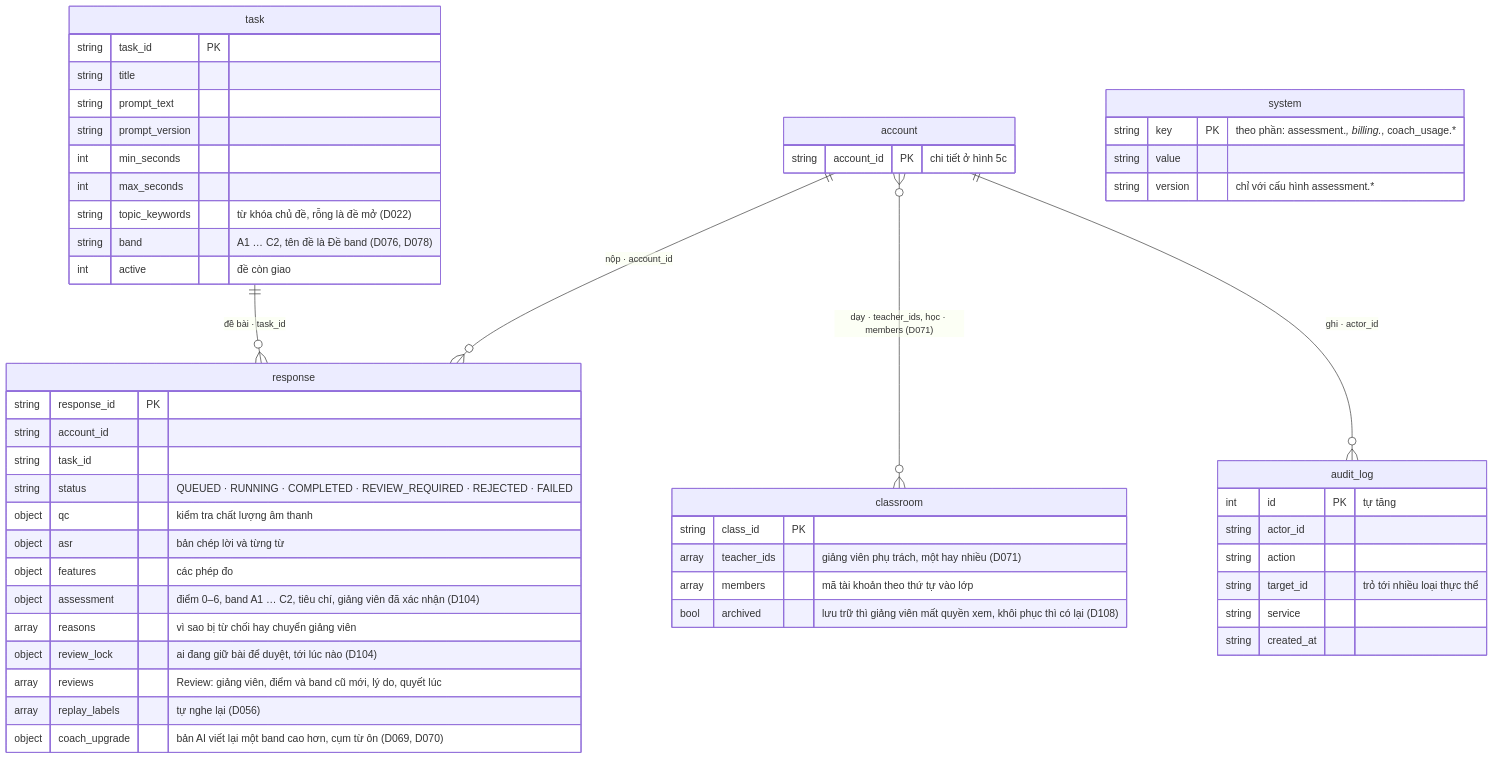
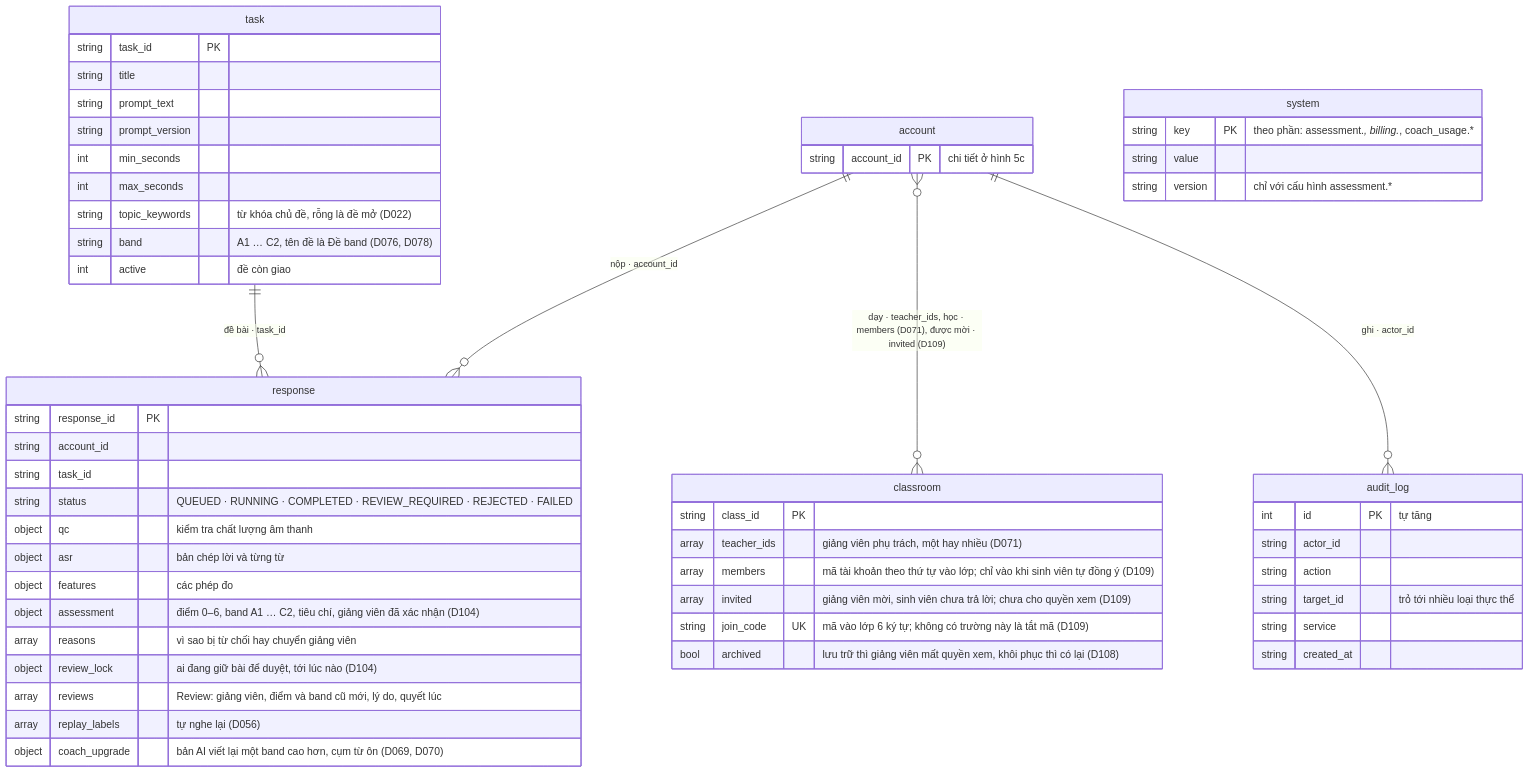
The diagram in docs/sdd/diagrams/05_erd.mmd (ThanhSangLouis/ai-assessor-cefr), drawn with Mermaid before and after one commit. The commit also changed 42 other files, not shown here.

Commit message:
D109: sinh viên tự vào lớp bằng mã lớp hoặc lời mời; email báo lời mời và học viên mới

```diff
--- a/docs/sdd/diagrams/05_erd.mmd
+++ b/docs/sdd/diagrams/05_erd.mmd
@@ -1,65 +1,67 @@
 %% SDD - Diagram 05: ERD - phan cham diem va van hanh (MongoDB, database core)
 %% Sau D060 moi aggregate root cua so do lop la mot collection; phan hop thanh
 %% nam trong document cua goc, ghi bang truong kieu mang. Tach ba hinh cho ty le
 %% in A4: hinh 5c ve dinh danh. D104: khoa duyet nam lai trong response, bao cao
 %% la chinh cac truong cua response (khong con chuoi JSON).
 %% Duong lien: tham chieu do ma giu (MongoDB khong ep khoa ngoai).
 erDiagram
     account ||--o{ response : "nộp · account_id"
     task ||--o{ response : "đề bài · task_id"
-    account }o--o{ classroom : "dạy · teacher_ids, học · members (D071)"
+    account }o--o{ classroom : "dạy · teacher_ids, học · members (D071), được mời · invited (D109)"
     account ||--o{ audit_log : "ghi · actor_id"
 
     account {
         string account_id PK "chi tiết ở hình 5c"
     }
 
     task {
         string task_id PK
         string title
         string prompt_text
         string prompt_version
         int min_seconds
         int max_seconds
         string topic_keywords "từ khóa chủ đề, rỗng là đề mở (D022)"
         string band "A1 … C2, tên đề là Đề band (D076, D078)"
         int active "đề còn giao"
     }
 
     response {
         string response_id PK
         string account_id
         string task_id
         string status "QUEUED · RUNNING · COMPLETED · REVIEW_REQUIRED · REJECTED · FAILED"
         object qc "kiểm tra chất lượng âm thanh"
         object asr "bản chép lời và từng từ"
         object features "các phép đo"
         object assessment "điểm 0–6, band A1 … C2, tiêu chí, giảng viên đã xác nhận (D104)"
         array reasons "vì sao bị từ chối hay chuyển giảng viên"
         object review_lock "ai đang giữ bài để duyệt, tới lúc nào (D104)"
         array reviews "Review: giảng viên, điểm và band cũ mới, lý do, quyết lúc"
         array replay_labels "tự nghe lại (D056)"
         object coach_upgrade "bản AI viết lại một band cao hơn, cụm từ ôn (D069, D070)"
     }
 
     classroom {
         string class_id PK
         array teacher_ids "giảng viên phụ trách, một hay nhiều (D071)"
-        array members "mã tài khoản theo thứ tự vào lớp"
+        array members "mã tài khoản theo thứ tự vào lớp; chỉ vào khi sinh viên tự đồng ý (D109)"
+        array invited "giảng viên mời, sinh viên chưa trả lời; chưa cho quyền xem (D109)"
+        string join_code UK "mã vào lớp 6 ký tự; không có trường này là tắt mã (D109)"
         bool archived "lưu trữ thì giảng viên mất quyền xem, khôi phục thì có lại (D108)"
     }
 
     audit_log {
         int id PK "tự tăng"
         string actor_id
         string action
         string target_id "trỏ tới nhiều loại thực thể"
         string service
         string created_at
     }
 
     system {
         string key PK "theo phần: assessment.*, billing.*, coach_usage.*"
         string value
         string version "chỉ với cấu hình assessment.*"
     }
```
